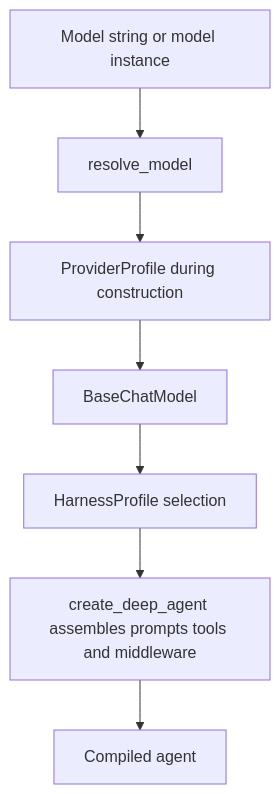
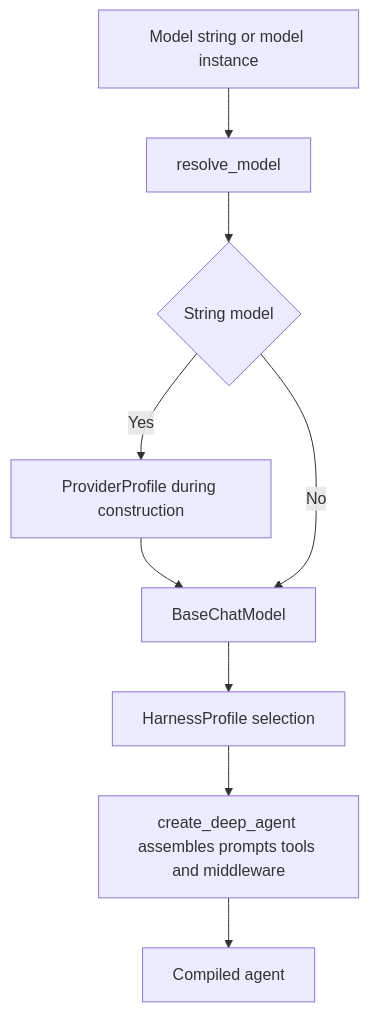
One commit to langchain-ai/deepagents changed the first of 4 diagrams in openwiki/concepts/profiles-models.md. Above: the diagram before and after it, drawn with Mermaid. The commit also changed other lines of this file and 34 other files, not shown here.

````diff
--- a/openwiki/concepts/profiles-models.md
+++ b/openwiki/concepts/profiles-models.md
@@ -72,9 +78,11 @@
 ```mermaid
 flowchart TD
     Spec["Model string or model instance"] --> Resolve["resolve_model"]
-    Resolve --> Provider["ProviderProfile during construction"]
+    Resolve --> Kind{"String model"}
+    Kind -->|Yes| Provider["ProviderProfile during construction"]
     Provider --> Chat["BaseChatModel"]
+    Kind -->|No| Chat
     Chat --> Select["HarnessProfile selection"]
     Select --> Assemble["create_deep_agent assembles prompts tools and middleware"]
     Assemble --> Agent["Compiled agent"]
 ```
````
